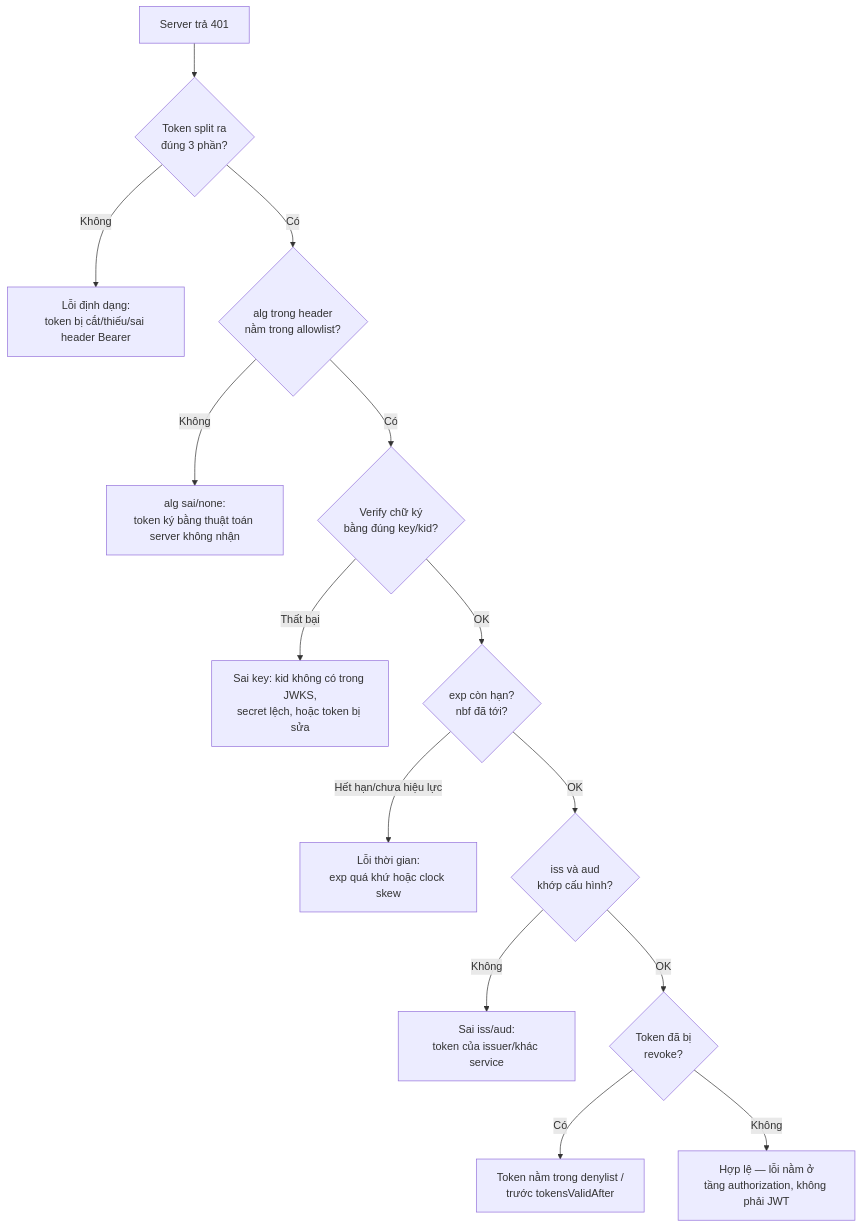
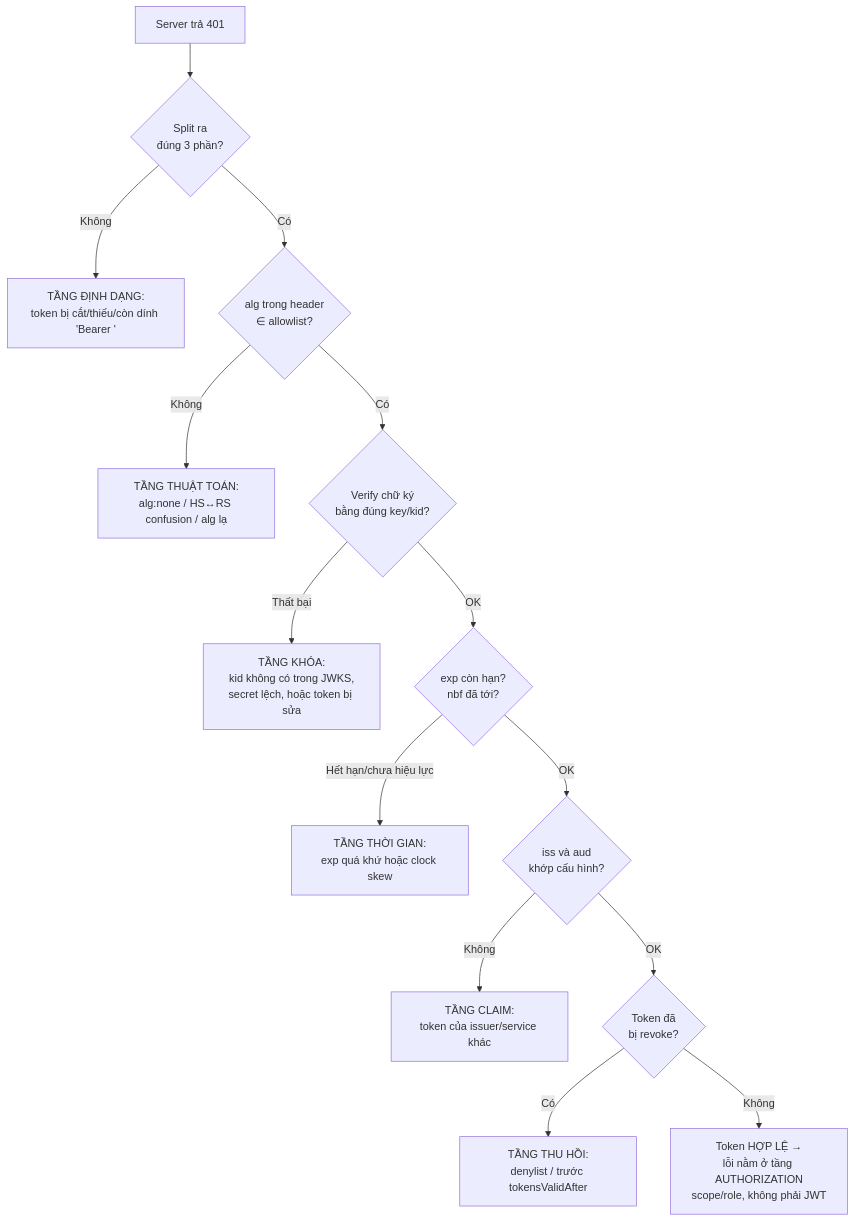
One commit to vanhiep99w/jwt-learn changed the diagram in content/docs/operations/debugging-jwt.md. Above: the diagram before and after it, drawn with Mermaid. The commit also changed other lines of this file and 4 other files, not shown here.

````diff
--- a/content/docs/operations/debugging-jwt.md
+++ b/content/docs/operations/debugging-jwt.md
@@ -141,16 +199,16 @@
 ```mermaid
 flowchart TD
-    A[Server trả 401] --> B{Token split ra<br/>đúng 3 phần?}
-    B -->|Không| B1[Lỗi định dạng:<br/>token bị cắt/thiếu/sai header Bearer]
-    B -->|Có| C{alg trong header<br/>nằm trong allowlist?}
-    C -->|Không| C1[alg sai/none:<br/>token ký bằng thuật toán server không nhận]
+    A[Server trả 401] --> B{Split ra<br/>đúng 3 phần?}
+    B -->|Không| B1[TẦNG ĐỊNH DẠNG:<br/>token bị cắt/thiếu/còn dính 'Bearer ']
+    B -->|Có| C{alg trong header<br/>∈ allowlist?}
+    C -->|Không| C1[TẦNG THUẬT TOÁN:<br/>alg:none / HS↔RS confusion / alg lạ]
     C -->|Có| D{Verify chữ ký<br/>bằng đúng key/kid?}
-    D -->|Thất bại| D1[Sai key: kid không có trong JWKS,<br/>secret lệch, hoặc token bị sửa]
+    D -->|Thất bại| D1[TẦNG KHÓA:<br/>kid không có trong JWKS,<br/>secret lệch, hoặc token bị sửa]
     D -->|OK| E{exp còn hạn?<br/>nbf đã tới?}
-    E -->|Hết hạn/chưa hiệu lực| E1[Lỗi thời gian:<br/>exp quá khứ hoặc clock skew]
+    E -->|Hết hạn/chưa hiệu lực| E1[TẦNG THỜI GIAN:<br/>exp quá khứ hoặc clock skew]
     E -->|OK| F{iss và aud<br/>khớp cấu hình?}
-    F -->|Không| F1[Sai iss/aud:<br/>token của issuer/khác service]
-    F -->|OK| G{Token đã bị<br/>revoke?}
-    G -->|Có| G1[Token nằm trong denylist /<br/>trước tokensValidAfter]
-    G -->|Không| H[Hợp lệ — lỗi nằm ở<br/>tầng authorization, không phải JWT]
+    F -->|Không| F1[TẦNG CLAIM:<br/>token của issuer/service khác]
+    F -->|OK| G{Token đã<br/>bị revoke?}
+    G -->|Có| G1[TẦNG THU HỒI:<br/>denylist / trước tokensValidAfter]
+    G -->|Không| H[Token HỢP LỆ →<br/>lỗi nằm ở tầng AUTHORIZATION<br/>scope/role, không phải JWT]
 ```
````
